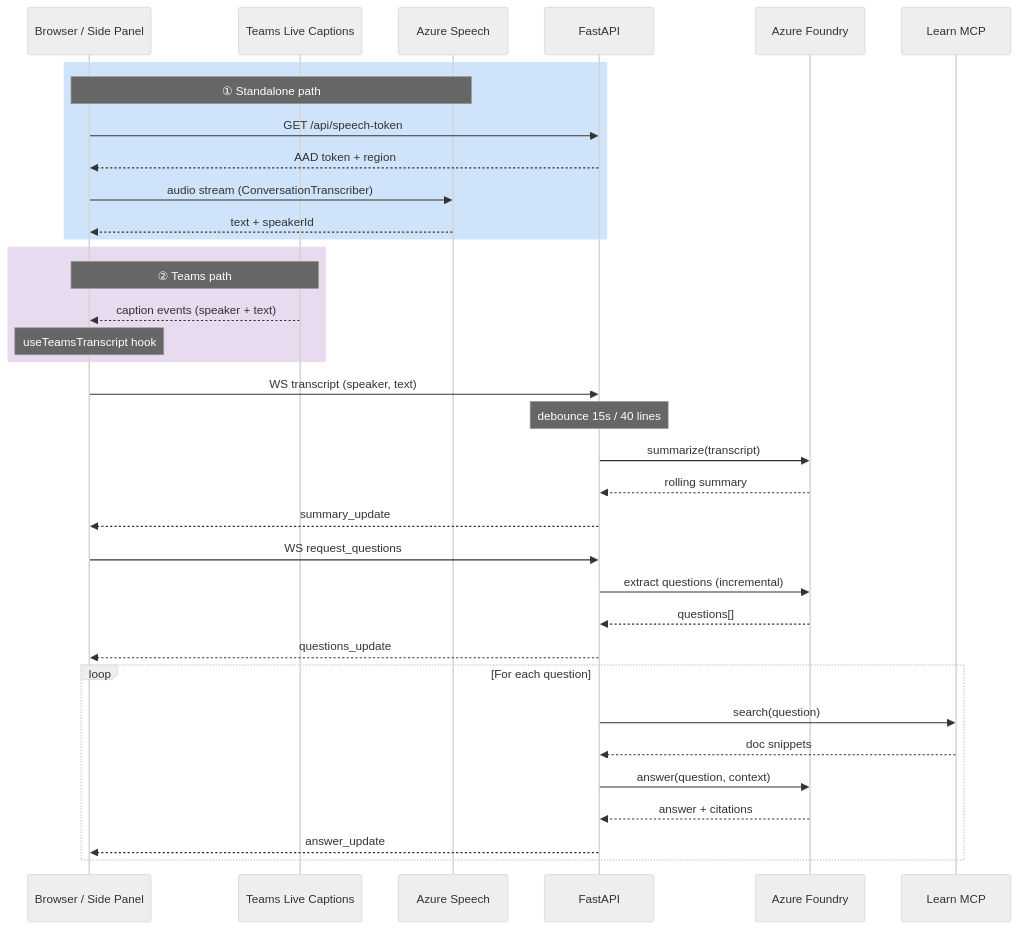
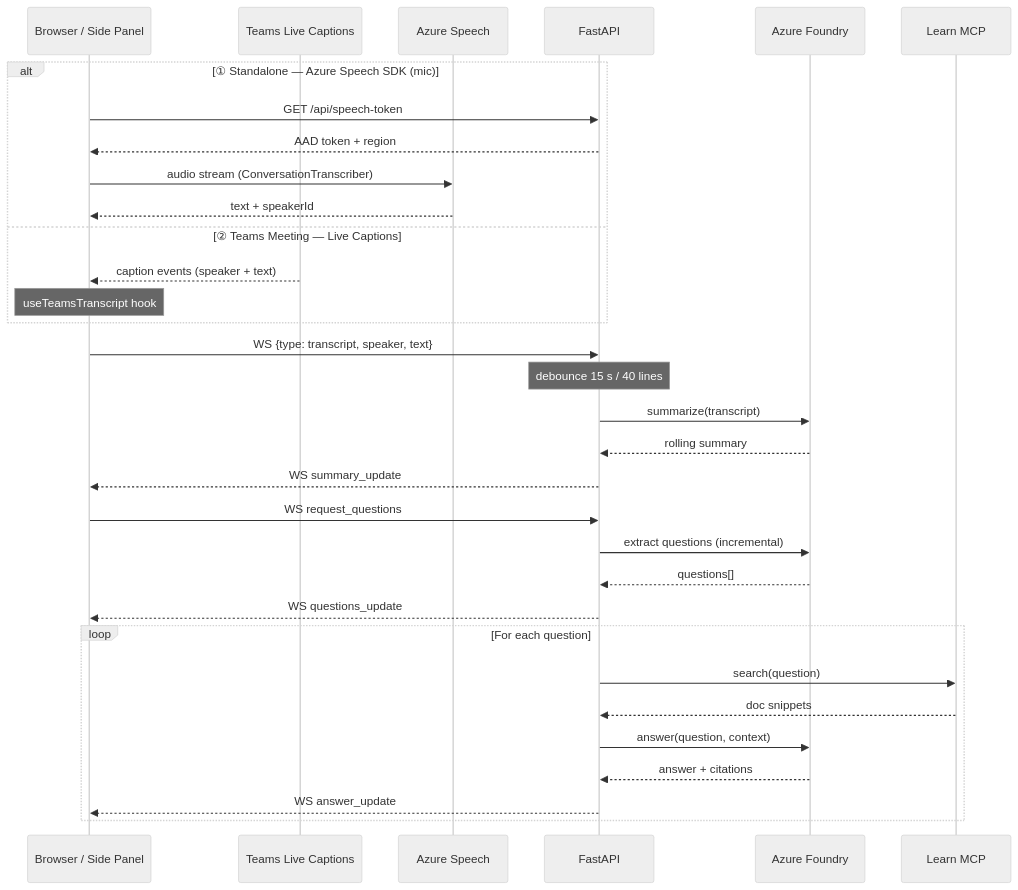
The second of 2 diagrams in README.md (lijunliu-gh/realtime-qa-app), drawn with Mermaid (neutral theme) before and after one commit.

Commit message:
docs: fix Data Flow diagram readability (alt/else instead of rect)

````diff
--- a/README.md
+++ b/README.md
@@ -85,42 +85,39 @@
 ```mermaid
 sequenceDiagram
     participant B as Browser / Side Panel
     participant T as Teams Live Captions
     participant S as Azure Speech
     participant F as FastAPI
     participant G as Azure Foundry
     participant M as Learn MCP
 
-    rect rgb(207, 228, 250)
-    Note over B,S: ① Standalone path
-    B->>F: GET /api/speech-token
-    F-->>B: AAD token + region
-    B->>S: audio stream (ConversationTranscriber)
-    S-->>B: text + speakerId
+    alt ① Standalone — Azure Speech SDK (mic)
+        B->>F: GET /api/speech-token
+        F-->>B: AAD token + region
+        B->>S: audio stream (ConversationTranscriber)
+        S-->>B: text + speakerId
+    else ② Teams Meeting — Live Captions
+        T-->>B: caption events (speaker + text)
+        Note over B: useTeamsTranscript hook
     end
 
-    rect rgb(232, 218, 239)
-    Note over B,T: ② Teams path
-    T-->>B: caption events (speaker + text)
-    Note over B: useTeamsTranscript hook
-    end
+    B->>F: WS {type: transcript, speaker, text}
 
-    B->>F: WS transcript (speaker, text)
-    Note over F: debounce 15s / 40 lines
+    Note over F: debounce 15 s / 40 lines
     F->>G: summarize(transcript)
     G-->>F: rolling summary
-    F-->>B: summary_update
+    F-->>B: WS summary_update
 
     B->>F: WS request_questions
     F->>G: extract questions (incremental)
     G-->>F: questions[]
-    F-->>B: questions_update
+    F-->>B: WS questions_update
 
     loop For each question
         F->>M: search(question)
         M-->>F: doc snippets
         F->>G: answer(question, context)
         G-->>F: answer + citations
-        F-->>B: answer_update
+        F-->>B: WS answer_update
     end
 ```
````
